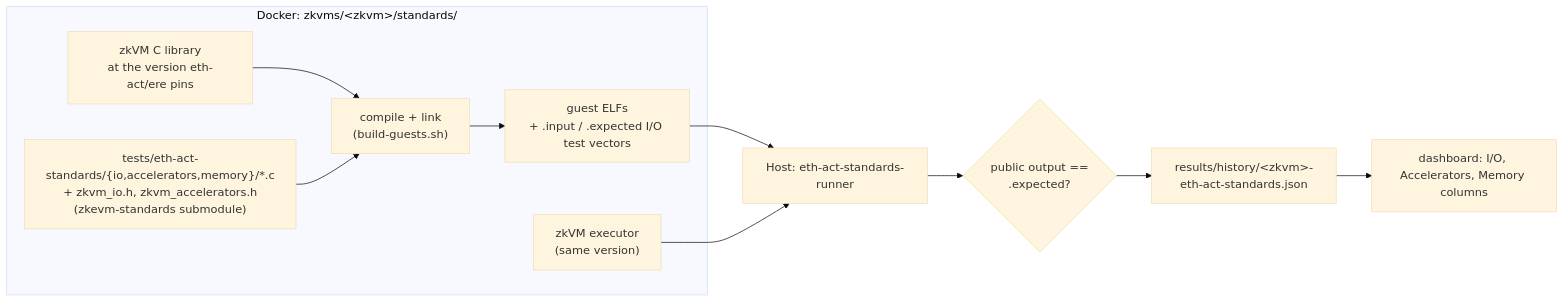
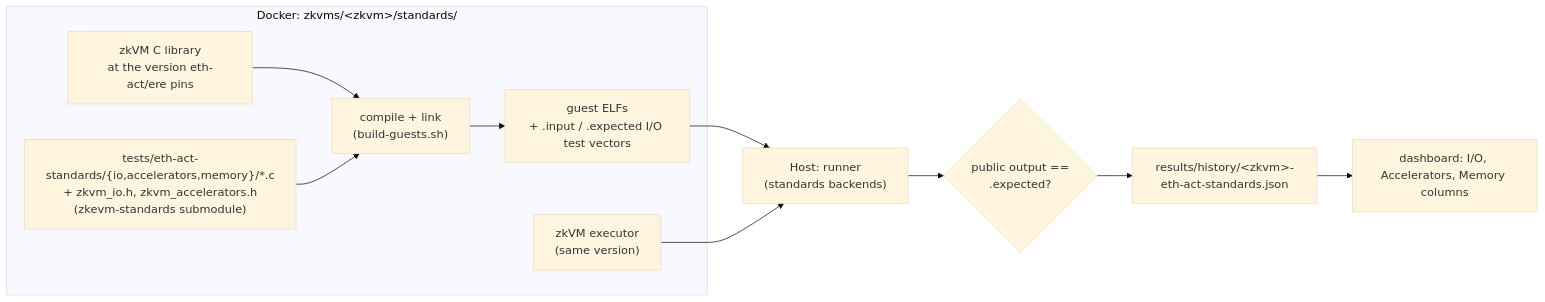
One commit to eth-act/zkevm-test-monitor changed the second of 2 diagrams in README.md. Above: the diagram before and after it, drawn with Mermaid (base theme). The commit also changed other lines of this file and 18 other files, not shown here.

First line of the commit message:
runner: one binary for the ISA and eth-act standards tests

````diff
--- a/README.md
+++ b/README.md
@@ -46,14 +46,14 @@
 ```mermaid
 flowchart LR
     subgraph docker["Docker: zkvms/&lt;zkvm&gt;/standards/"]
         vendor["zkVM C library<br/>at the version eth-act/ere pins"] --> link["compile + link<br/>(build-guests.sh)"]
         src["tests/eth-act-standards/{io,accelerators,memory}/*.c<br/>+ zkvm_io.h, zkvm_accelerators.h<br/>(zkevm-standards submodule)"] --> link
         link --> elfs["guest ELFs<br/>+ .input / .expected I/O test vectors"]
         exe["zkVM executor<br/>(same version)"]
     end
-    elfs --> runner["Host: eth-act-standards-runner"]
+    elfs --> runner["Host: runner<br/>(standards backends)"]
     exe --> runner
     runner --> verdict{"public output ==<br/>.expected?"}
     verdict --> hist["results/history/&lt;zkvm&gt;-eth-act-standards.json"]
     hist --> dash["dashboard: I/O, Accelerators, Memory columns"]
 ```
````
